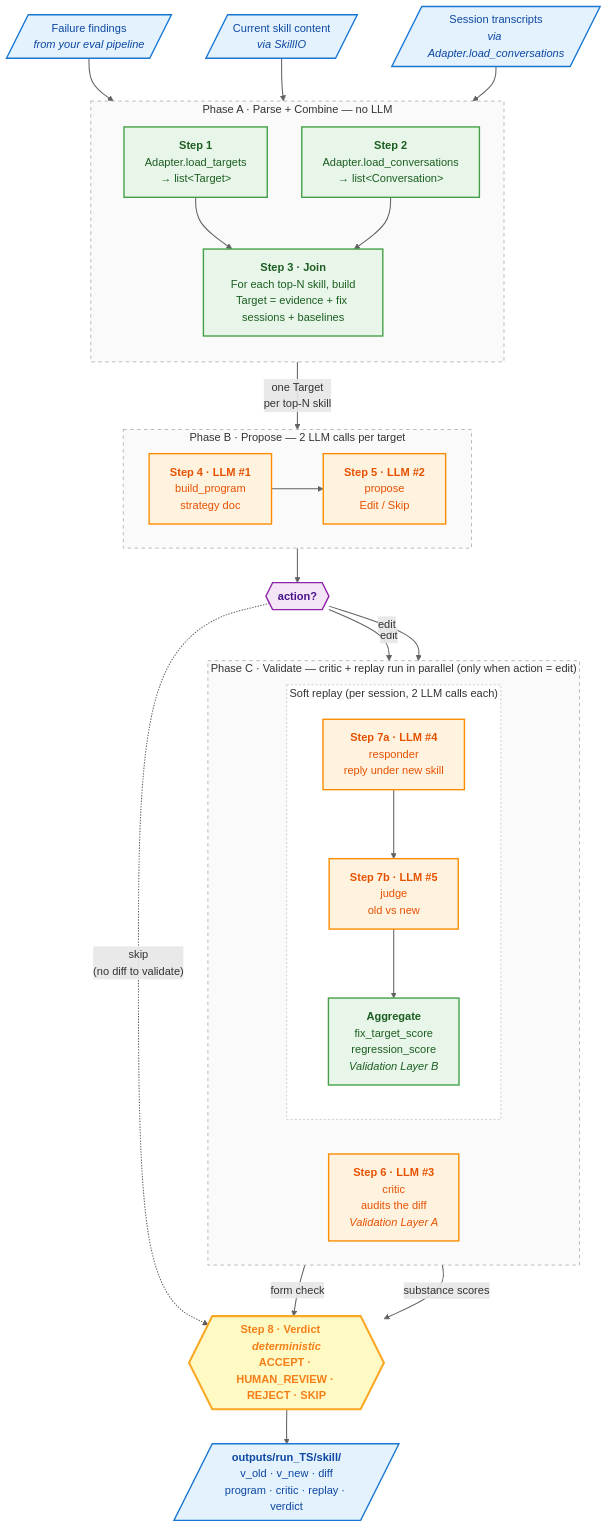
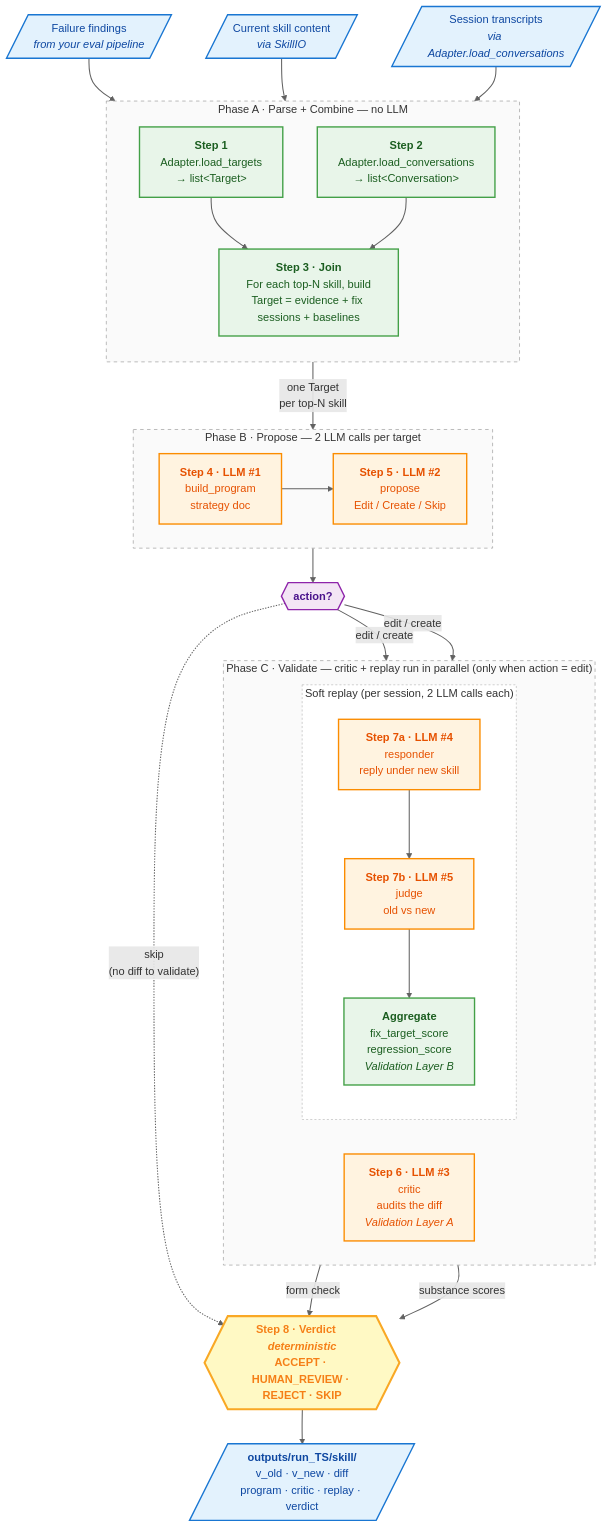
Before and after one commit to yilgara/agent-autoresearch: the diagram in docs/pipeline.md, drawn with Mermaid. The commit also changed other lines of this file, not shown here.

````diff
--- a/docs/pipeline.md
+++ b/docs/pipeline.md
@@ -79,73 +79,73 @@
 ```mermaid
 flowchart TB
     %% ── Inputs from your Adapter ──────────────────────────────────────
     UX[/"Failure findings<br/><i>from your eval pipeline</i>"/]:::io
     SK[/"Current skill content<br/><i>via SkillIO</i>"/]:::io
     CV[/"Session transcripts<br/><i>via Adapter.load_conversations</i>"/]:::io
 
     %% ── Phase A · Parse + Combine ─────────────────────────────────────
     subgraph PHA[" Phase A · Parse + Combine — no LLM "]
         direction TB
         S1["<b>Step 1</b><br/>Adapter.load_targets<br/>→ list&lt;Target&gt;"]:::nollm
         S2["<b>Step 2</b><br/>Adapter.load_conversations<br/>→ list&lt;Conversation&gt;"]:::nollm
         S3["<b>Step 3 · Join</b><br/>For each top-N skill, build<br/>Target = evidence + fix sessions + baselines"]:::nollm
         S1 --> S3
         S2 --> S3
     end
     UX --> S1
     SK --> S1
     CV --> S2
 
     %% ── Phase B · Propose (2 LLM calls — produces the candidate edit)
     subgraph PHB[" Phase B · Propose — 2 LLM calls per target "]
         direction LR
         S4["<b>Step 4 · LLM #1</b><br/>build_program<br/>strategy doc"]:::llm
-        S5["<b>Step 5 · LLM #2</b><br/>propose<br/>Edit / Skip"]:::llm
+        S5["<b>Step 5 · LLM #2</b><br/>propose<br/>Edit / Create / Skip"]:::llm
         S4 --> S5
     end
     S3 -- "one Target<br/>per top-N skill" --> S4
 
     %% ── Action gate after step 5 ─────────────────────────────────────
     DEC{{"<b>action?</b>"}}:::decision
     S5 --> DEC
 
     %% ── Phase C · Validate (critic + replay run in parallel) ─────────
     subgraph PHC[" Phase C · Validate — critic + replay run in parallel (only when action = edit) "]
         direction LR
         S6["<b>Step 6 · LLM #3</b><br/>critic<br/>audits the diff<br/><i>Validation Layer A</i>"]:::llm
         subgraph REPLAY["Soft replay (per session, 2 LLM calls each)"]
             direction TB
             S7a["<b>Step 7a · LLM #4</b><br/>responder<br/>reply under new skill"]:::llm
             S7b["<b>Step 7b · LLM #5</b><br/>judge<br/>old vs new"]:::llm
             S7c["<b>Aggregate</b><br/>fix_target_score<br/>regression_score<br/><i>Validation Layer B</i>"]:::nollm
             S7a --> S7b --> S7c
         end
     end
 
-    %% Edit fans out into BOTH critic AND replay (parallel, independent)
-    DEC == "edit" ==> S6
-    DEC == "edit" ==> S7a
+    %% Edit/Create fans out into BOTH critic AND replay (parallel, independent)
+    DEC == "edit / create" ==> S6
+    DEC == "edit / create" ==> S7a
 
     %% Skip bypasses both validation gates entirely
     V{{"<b>Step 8 · Verdict</b> &nbsp;&nbsp; <i>deterministic</i><br/>ACCEPT · HUMAN_REVIEW · REJECT · SKIP"}}:::verdict
     DEC -. "skip<br/>(no diff to validate)" .-> V
 
     %% Critic + Replay both feed verdict
     S6 -- "form check" --> V
     S7c -- "substance scores" --> V
 
     OUT[/"<b>outputs/run_TS/skill/</b><br/>v_old · v_new · diff<br/>program · critic · replay · verdict"/]:::io
     V ==> OUT
 
     %% ── Styling ──────────────────────────────────────────────────────
     classDef nollm fill:#E8F5E9,stroke:#43A047,stroke-width:2px,color:#1B5E20
     classDef llm fill:#FFF3E0,stroke:#FB8C00,stroke-width:2px,color:#E65100
     classDef io fill:#E3F2FD,stroke:#1976D2,stroke-width:2px,color:#0D47A1
     classDef verdict fill:#FFF9C4,stroke:#F9A825,stroke-width:3px,color:#F57F17,font-weight:bold
     classDef decision fill:#F3E5F5,stroke:#8E24AA,stroke-width:2px,color:#4A148C
     style PHA fill:#FAFAFA,stroke:#9E9E9E,stroke-dasharray:5 5
     style PHB fill:#FAFAFA,stroke:#9E9E9E,stroke-dasharray:5 5
     style PHC fill:#FAFAFA,stroke:#9E9E9E,stroke-dasharray:5 5
     style REPLAY fill:#FFFFFF,stroke:#BDBDBD,stroke-dasharray:3 3
     linkStyle default stroke:#616161,stroke-width:1.5px
 ```
````
